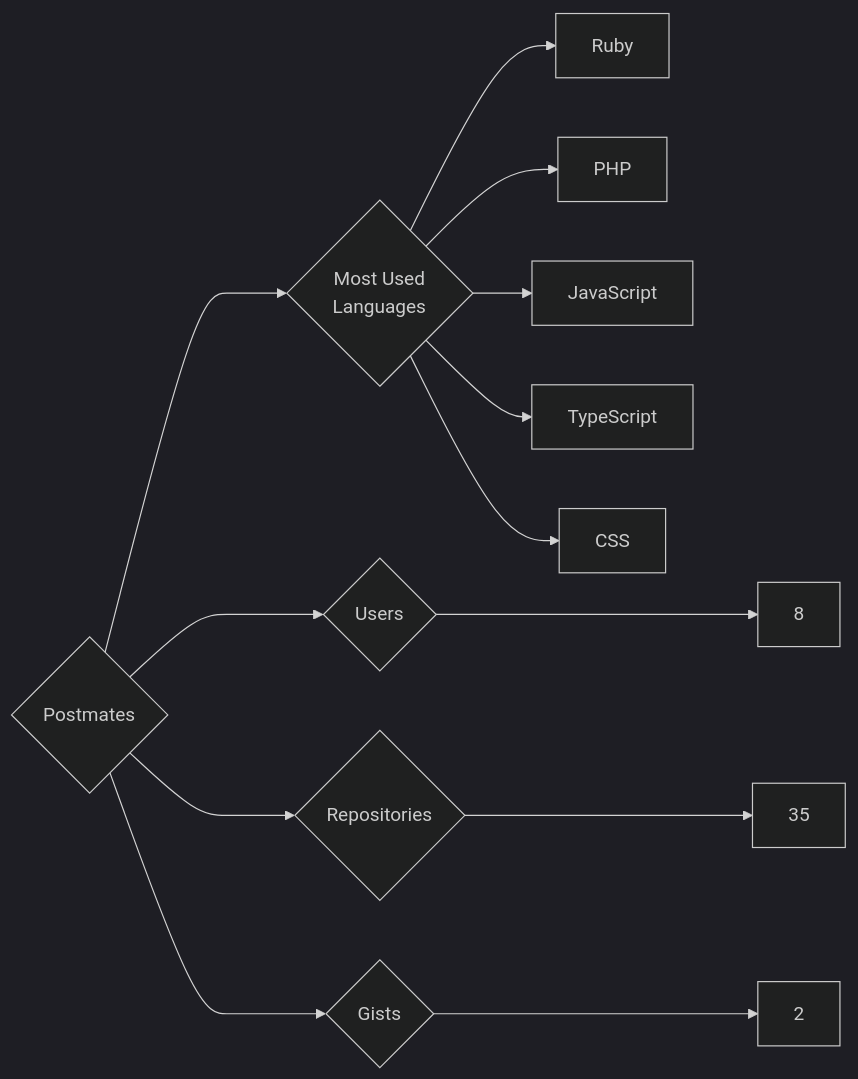
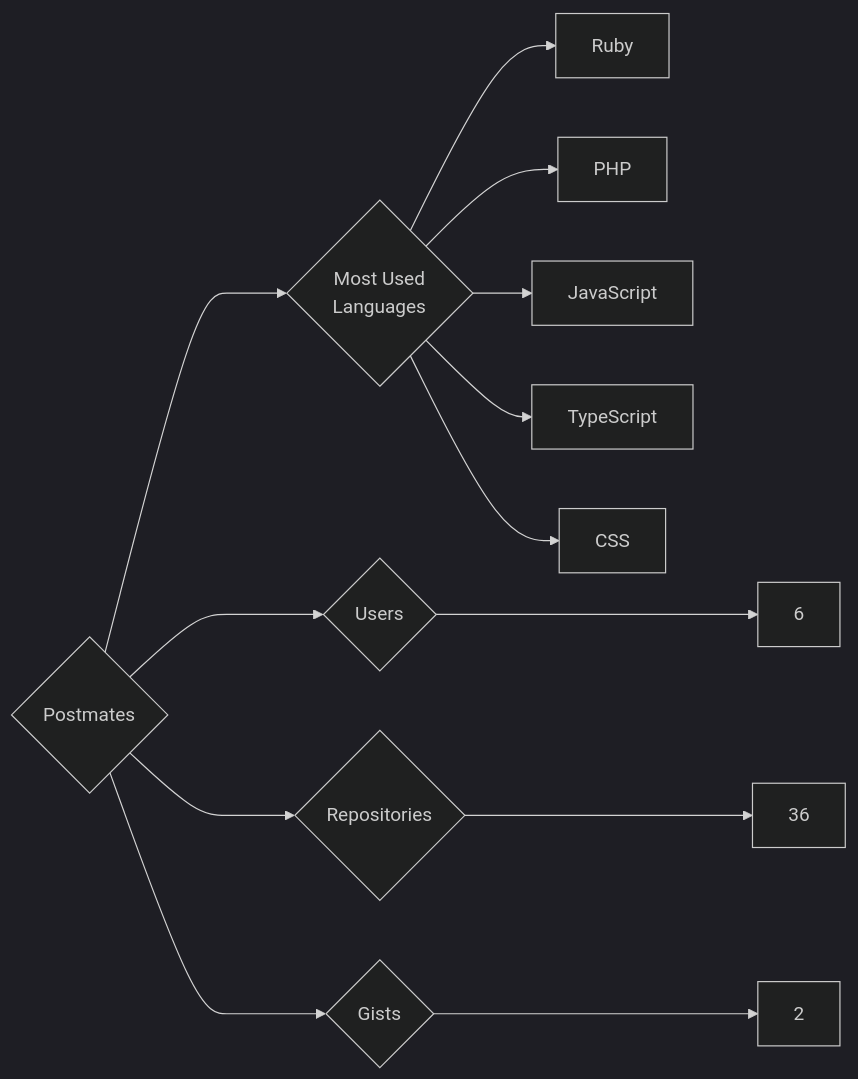
One commit to trickest/insiders changed the diagram in targets/Postmates/README.md. Above: the diagram before and after it, drawn with Mermaid (dark theme). The commit also changed 969 other files, not shown here.

````diff
--- a/targets/Postmates/README.md
+++ b/targets/Postmates/README.md
@@ -3,13 +3,13 @@
 ```mermaid
 graph LR
 COMPANY_NAME{Postmates}
-COMPANY_NAME ---> U{Users} ---> UN[8]
-COMPANY_NAME ---> R{Repositories} ---> RN[35]
+COMPANY_NAME ---> U{Users} ---> UN[6]
+COMPANY_NAME ---> R{Repositories} ---> RN[36]
 COMPANY_NAME ---> G{Gists} ---> GN[2]
 COMPANY_NAME ---> ML{Most Used<br>Languages}
 ML --> Ruby[Ruby]
 ML --> PHP[PHP]
 ML --> JavaScript[JavaScript]
 ML --> TypeScript[TypeScript]
 ML --> CSS[CSS]
 ```
````
